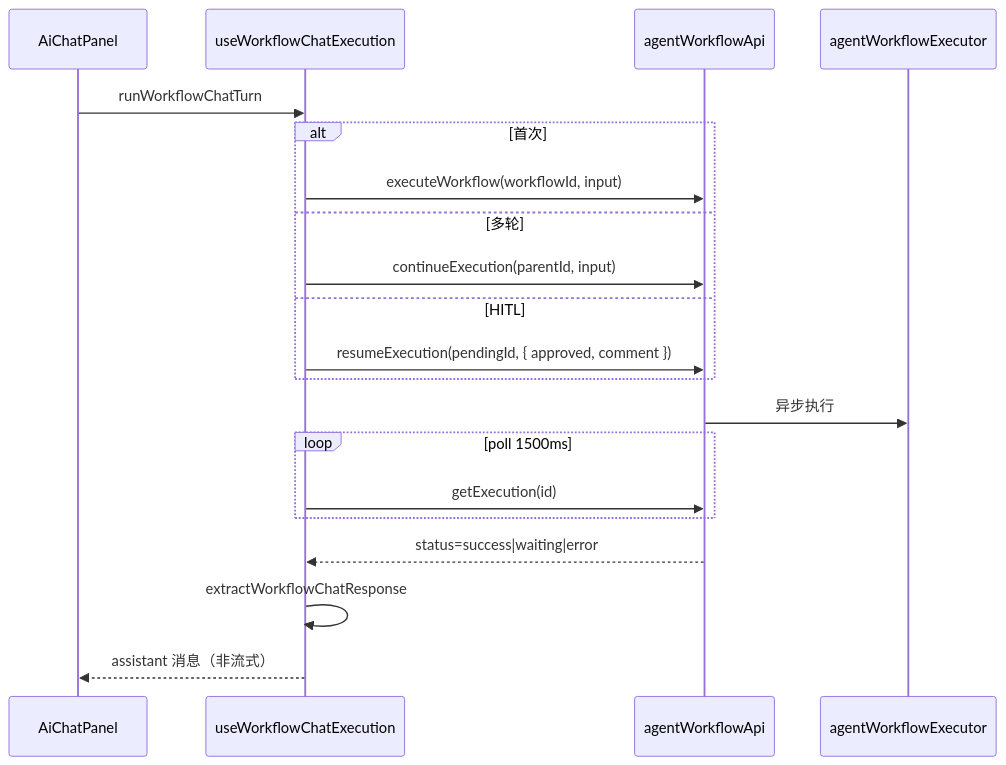
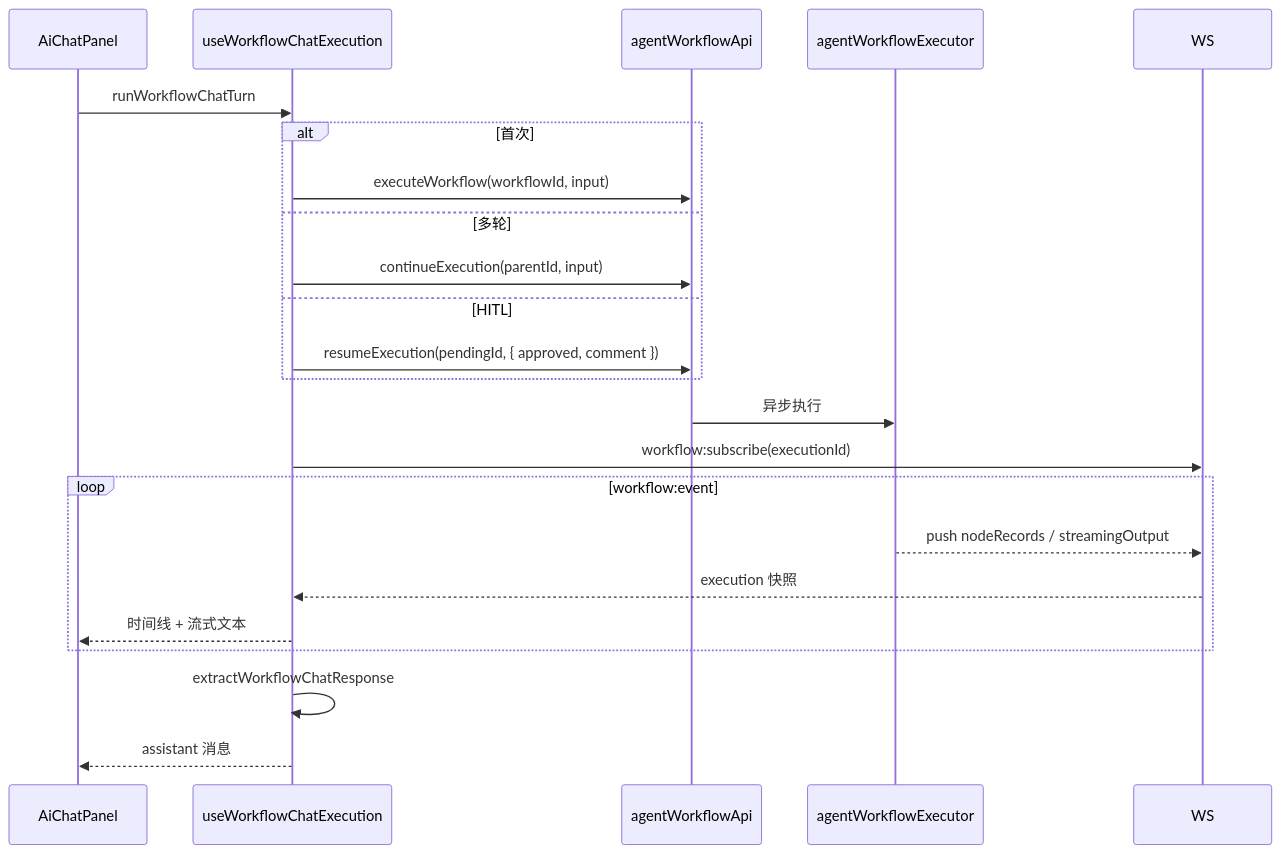
Diagram 11 of 17 in docs/design/runtime.md (nan1010082085/ai-platform), drawn with Mermaid before and after one commit. The commit also changed other lines of this file and 85 other files, not shown here.

````diff
--- a/docs/design/runtime.md
+++ b/docs/design/runtime.md
@@ -353,23 +353,25 @@
 ```mermaid
 sequenceDiagram
   participant UI as AiChatPanel
   participant Hook as useWorkflowChatExecution
   participant API as agentWorkflowApi
   participant Exec as agentWorkflowExecutor
 
   UI->>Hook: runWorkflowChatTurn
   alt 首次
     Hook->>API: executeWorkflow(workflowId, input)
   else 多轮
     Hook->>API: continueExecution(parentId, input)
   else HITL
     Hook->>API: resumeExecution(pendingId, { approved, comment })
   end
   API->>Exec: 异步执行
-  loop poll 1500ms
-    Hook->>API: getExecution(id)
+  Hook->>WS: workflow:subscribe(executionId)
+  loop workflow:event
+    Exec-->>WS: push nodeRecords / streamingOutput
+    WS-->>Hook: execution 快照
+    Hook-->>UI: 时间线 + 流式文本
   end
-  API-->>Hook: status=success|waiting|error
   Hook->>Hook: extractWorkflowChatResponse
-  Hook-->>UI: assistant 消息（非流式）
+  Hook-->>UI: assistant 消息
 ```
````
